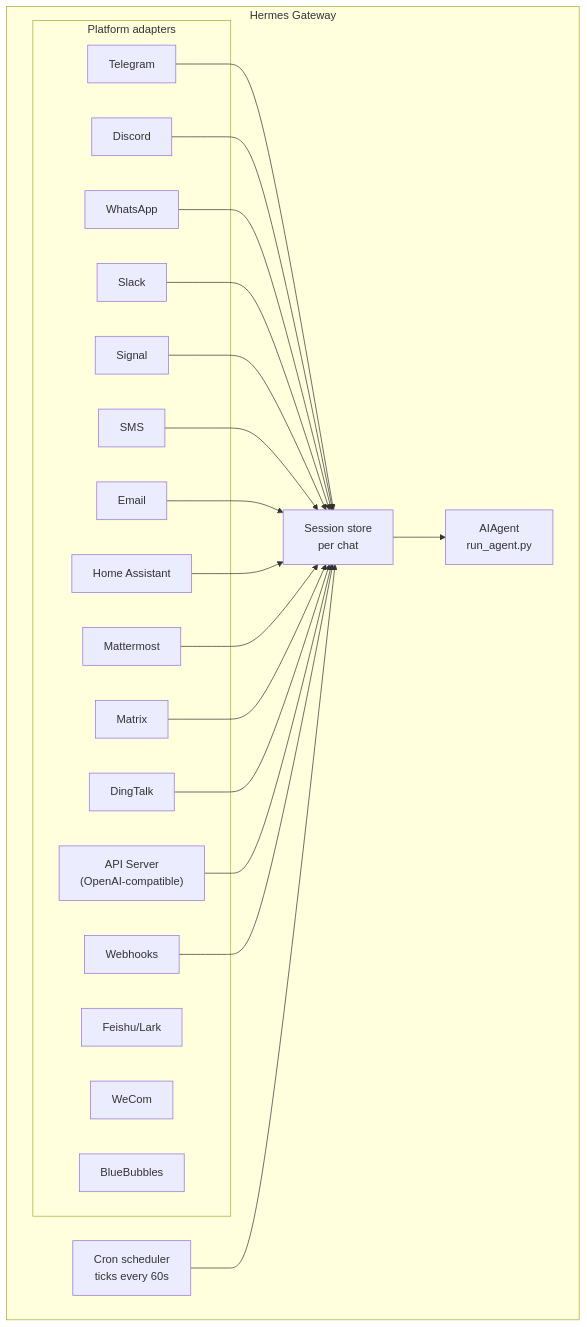
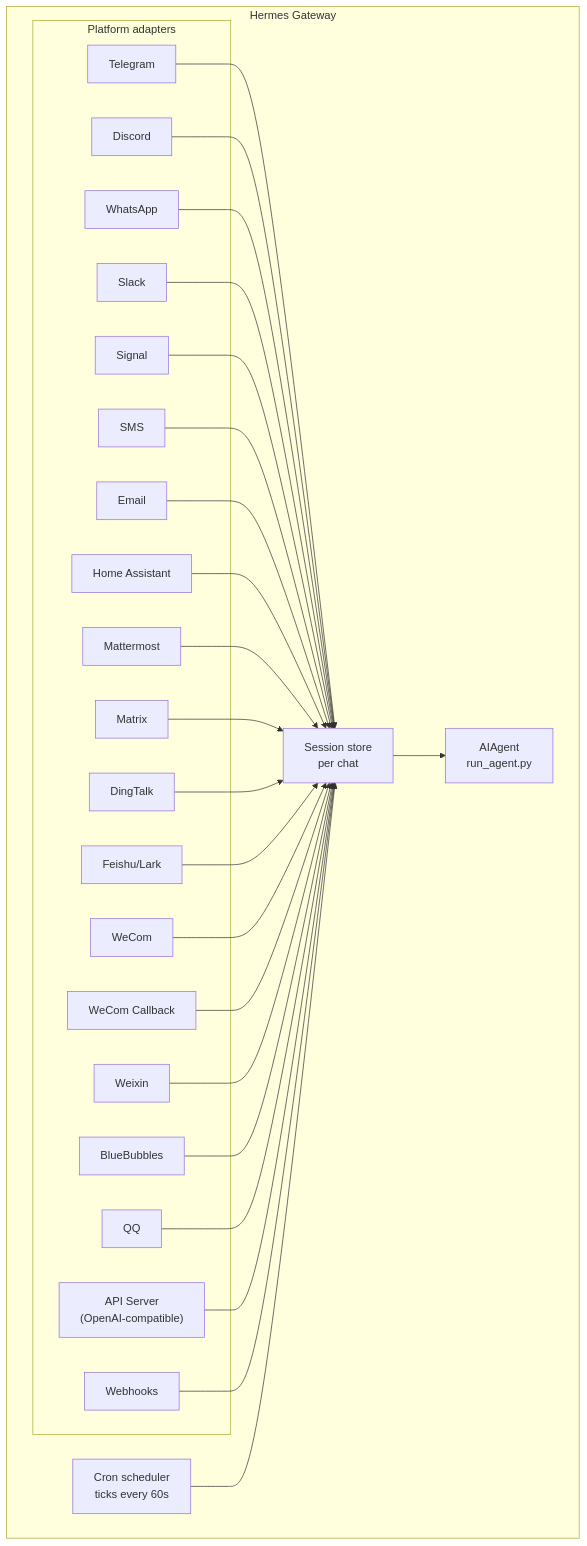
Before and after one commit to Magaav/hermes-orchestrator: the diagram in hermes-agent/website/docs/user-guide/messaging/index.md, drawn with Mermaid. The commit also changed other lines of this file and 791 other files, not shown here.

````diff
--- a/hermes-agent/website/docs/user-guide/messaging/index.md
+++ b/hermes-agent/website/docs/user-guide/messaging/index.md
@@ -36,43 +39,52 @@
 ```mermaid
 flowchart TB
     subgraph Gateway["Hermes Gateway"]
         subgraph Adapters["Platform adapters"]
             tg[Telegram]
             dc[Discord]
             wa[WhatsApp]
             sl[Slack]
             sig[Signal]
             sms[SMS]
             em[Email]
             ha[Home Assistant]
             mm[Mattermost]
             mx[Matrix]
             dt[DingTalk]
     fs[Feishu/Lark]
     wc[WeCom]
+    wcb[WeCom Callback]
+    wx[Weixin]
     bb[BlueBubbles]
+    qq[QQ]
             api["API Server<br/>(OpenAI-compatible)"]
             wh[Webhooks]
         end
 
         store["Session store<br/>per chat"]
         agent["AIAgent<br/>run_agent.py"]
         cron["Cron scheduler<br/>ticks every 60s"]
     end
 
     tg --> store
     dc --> store
     wa --> store
     sl --> store
     sig --> store
     sms --> store
     em --> store
     ha --> store
     mm --> store
     mx --> store
     dt --> store
+    fs --> store
+    wc --> store
+    wcb --> store
+    wx --> store
+    bb --> store
+    qq --> store
     api --> store
     wh --> store
     store --> agent
     cron --> store
 ```
````
